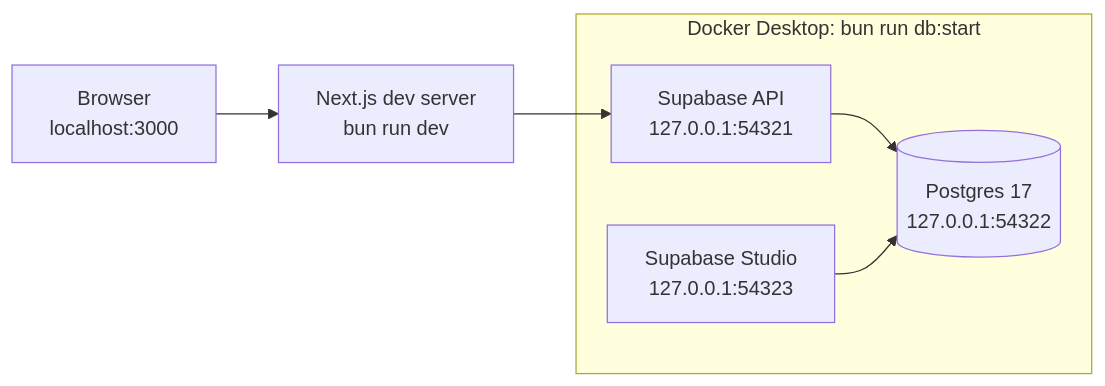
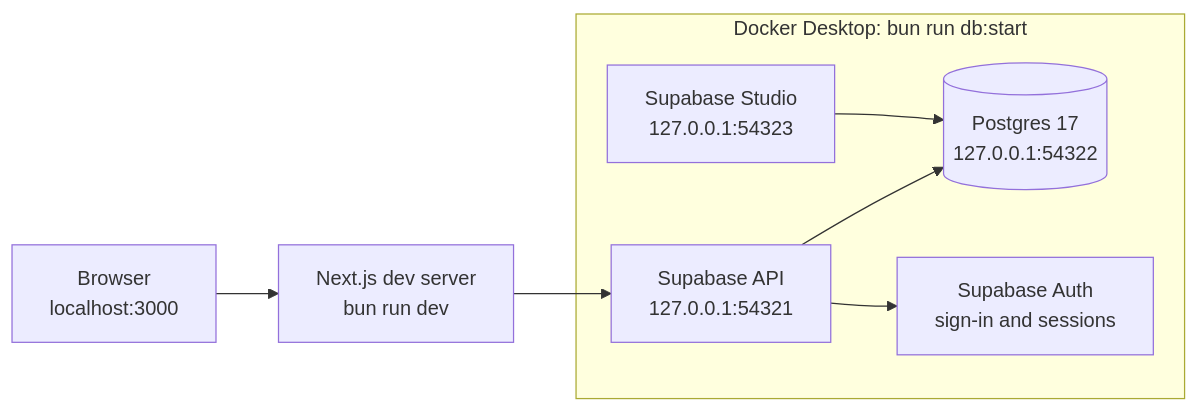
One commit to chuan-khuna/gumrai changed the diagram in docs/documents/ONBOARDING.md. Above: the diagram before and after it, drawn with Mermaid. The commit also changed other lines of this file and 7 other files, not shown here.

First line of the commit message:
docs(auth): document sign-in, sessions and row-level security

````diff
--- a/docs/documents/ONBOARDING.md
+++ b/docs/documents/ONBOARDING.md
@@ -9,9 +9,10 @@
 ```mermaid
 flowchart LR
 	you["Browser<br/>localhost:3000"] --> next["Next.js dev server<br/>bun run dev"]
 	next --> api["Supabase API<br/>127.0.0.1:54321"]
 	subgraph docker["Docker Desktop: bun run db:start"]
 		api --> db[("Postgres 17<br/>127.0.0.1:54322")]
+		api --> auth["Supabase Auth<br/>sign-in and sessions"]
 		studio["Supabase Studio<br/>127.0.0.1:54323"] --> db
 	end
 ```
````
